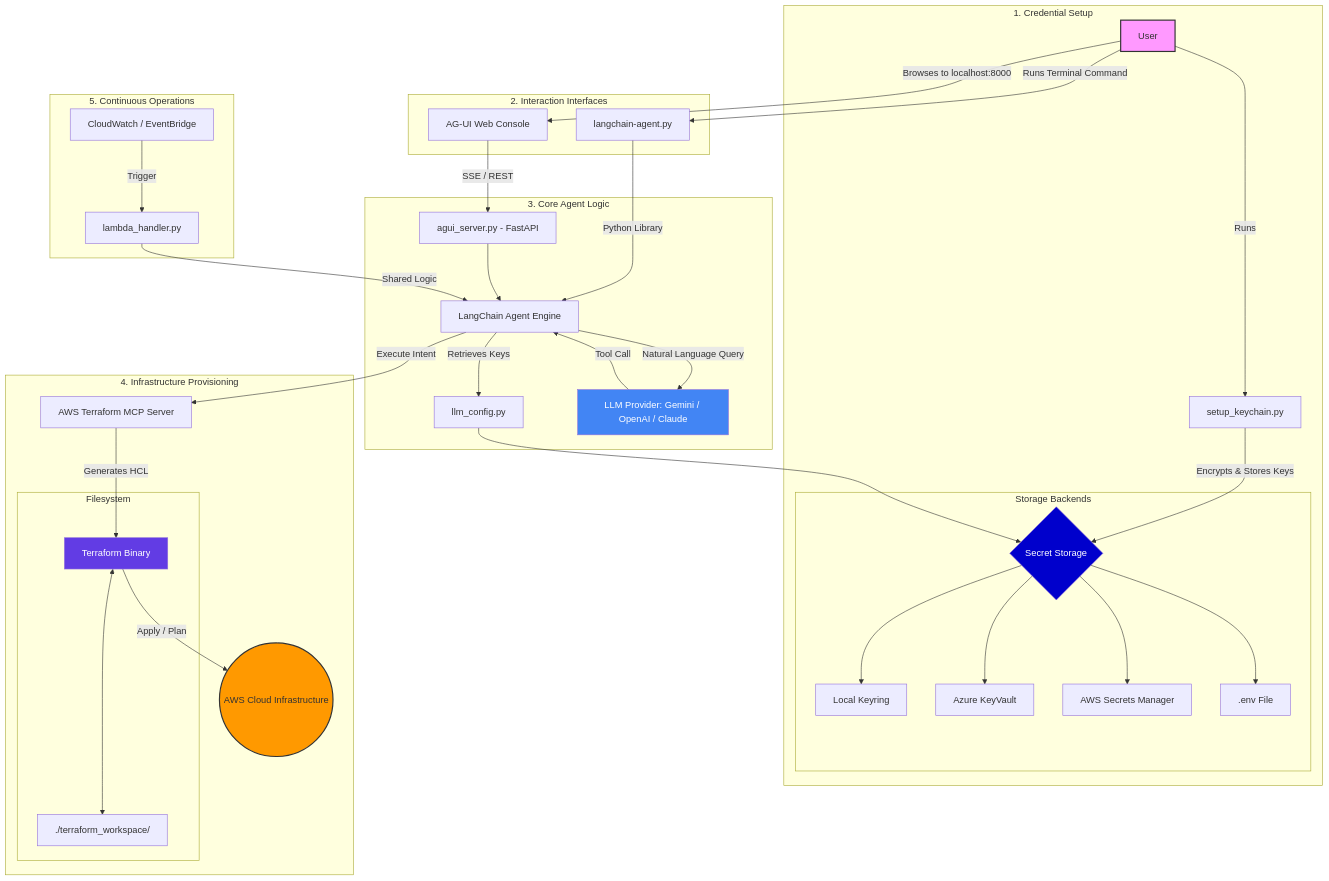
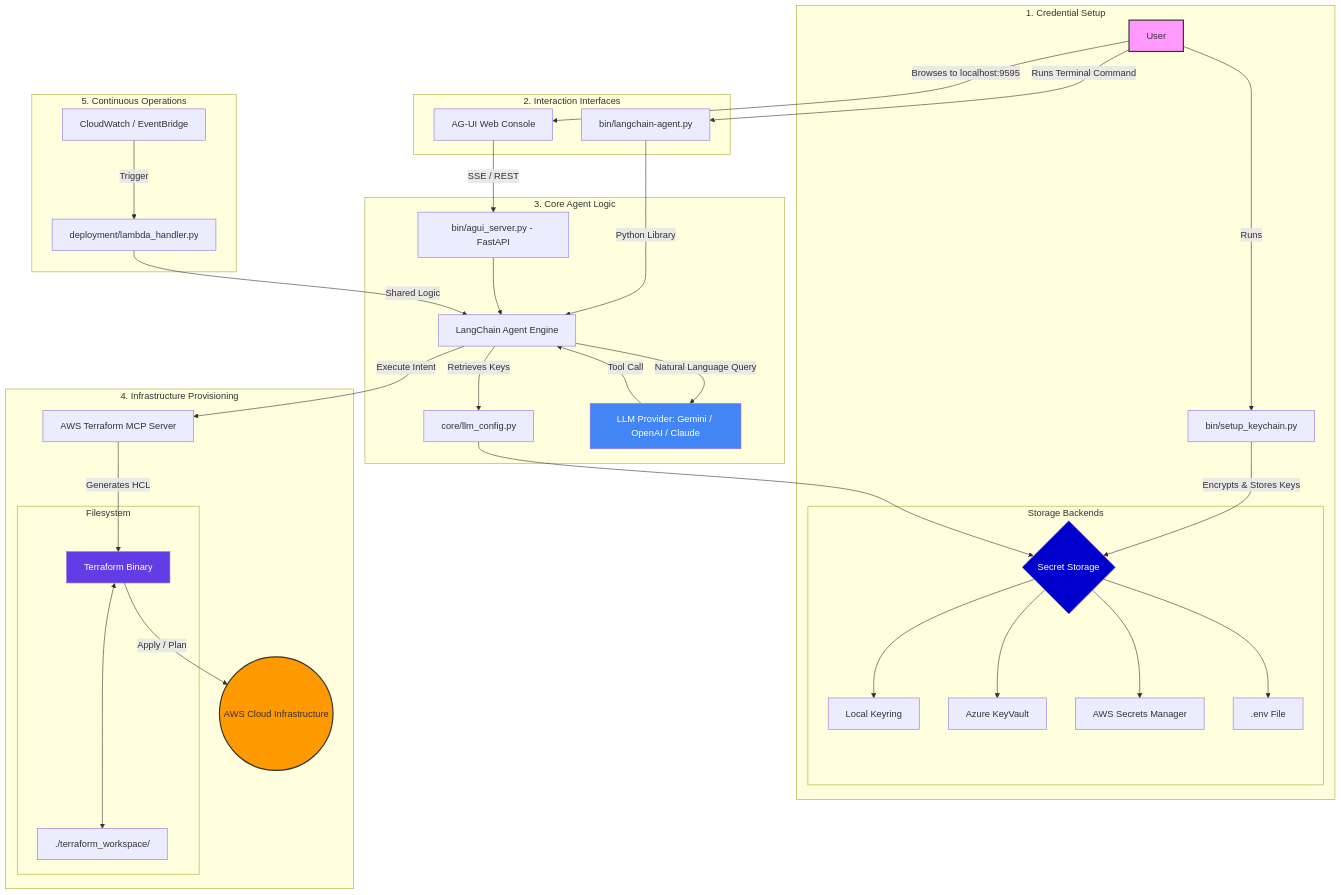
Before and after one commit to QwavePune/aws-infra-agent-bot: the diagram in docs/ARCHITECTURE.md, drawn with Mermaid. The commit also changed other lines of this file and 15 other files, not shown here.

````diff
--- a/docs/ARCHITECTURE.md
+++ b/docs/ARCHITECTURE.md
@@ -7,52 +7,52 @@
 ```mermaid
 graph TD
     subgraph Setup_Phase [1. Credential Setup]
-        U[User] -->|Runs| SK[setup_keychain.py]
+        U[User] -->|Runs| SK[bin/setup_keychain.py]
         SK -->|Encrypts & Stores Keys| SS{Secret Storage}
         subgraph Secret_Storage [Storage Backends]
             SS --> LK[Local Keyring]
             SS --> AKV[Azure KeyVault]
             SS --> ASM[AWS Secrets Manager]
             SS --> ENV[.env File]
         end
     end
 
     subgraph Interface_Layers [2. Interaction Interfaces]
-        U -->|Browses to localhost:8000| UI[AG-UI Web Console]
-        U -->|Runs Terminal Command| CLI[langchain-agent.py]
+        U -->|Browses to localhost:9595| UI[AG-UI Web Console]
+        U -->|Runs Terminal Command| CLI[bin/langchain-agent.py]
     end
 
     subgraph Core_Engine [3. Core Agent Logic]
-        UI -->|SSE / REST| AS[agui_server.py - FastAPI]
+        UI -->|SSE / REST| AS[bin/agui_server.py - FastAPI]
         CLI -->|Python Library| LC[LangChain Agent Engine]
         AS --> LC
 
-        LC -->|Retrieves Keys| LC_CONF[llm_config.py]
+        LC -->|Retrieves Keys| LC_CONF[core/llm_config.py]
         LC_CONF --> SS
         
         LC -->|Natural Language Query| LLM[LLM Provider: Gemini / OpenAI / Claude]
         LLM -->|Tool Call| LC
     end
 
     subgraph Execution_Layer [4. Infrastructure Provisioning]
         LC -->|Execute Intent| MCP[AWS Terraform MCP Server]
         MCP -->|Generates HCL| TF[Terraform Binary]
         TF -->|Apply / Plan| AWS((AWS Cloud Infrastructure))
         
         subgraph Workspace [Filesystem]
             TF <---> TWS[./terraform_workspace/]
         end
     end
 
     subgraph Serverless_Deployment [5. Continuous Operations]
-        LH[lambda_handler.py] -->|Shared Logic| LC
+        LH[deployment/lambda_handler.py] -->|Shared Logic| LC
         CW[CloudWatch / EventBridge] -->|Trigger| LH
     end
 
     %% Styling
     style U fill:#f9f,stroke:#333,stroke-width:2px
     style AWS fill:#ff9900,stroke:#333,stroke-width:2px
     style SS fill:#00c,color:#fff
     style LLM fill:#4285F4,color:#fff
     style TF fill:#623ce4,color:#fff
 ```
````
